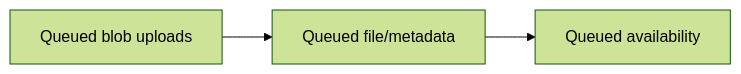
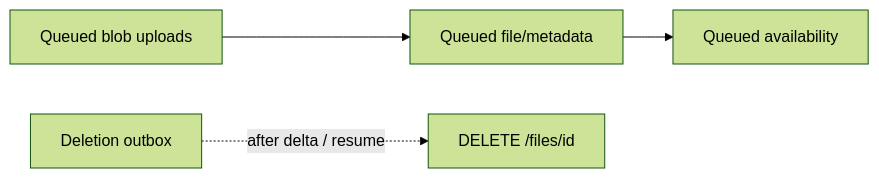
One commit to hamburg1r/homesync changed the fourth of 4 diagrams in docs/sync-protocol.md. Above: the diagram before and after it, drawn with Mermaid (forest theme). The commit also changed other lines of this file and 13 other files, not shown here.

First line of the commit message:
Add offline phone deletion outbox for Remove from PC.

````diff
--- a/docs/sync-protocol.md
+++ b/docs/sync-protocol.md
@@ -412,4 +418,5 @@
 ```mermaid
 flowchart LR
   Q1[Queued blob uploads] --> Q2[Queued file/metadata] --> Q3[Queued availability]
+  D[Deletion outbox] -.->|after delta / resume| API[DELETE /files/id]
 ```
````
